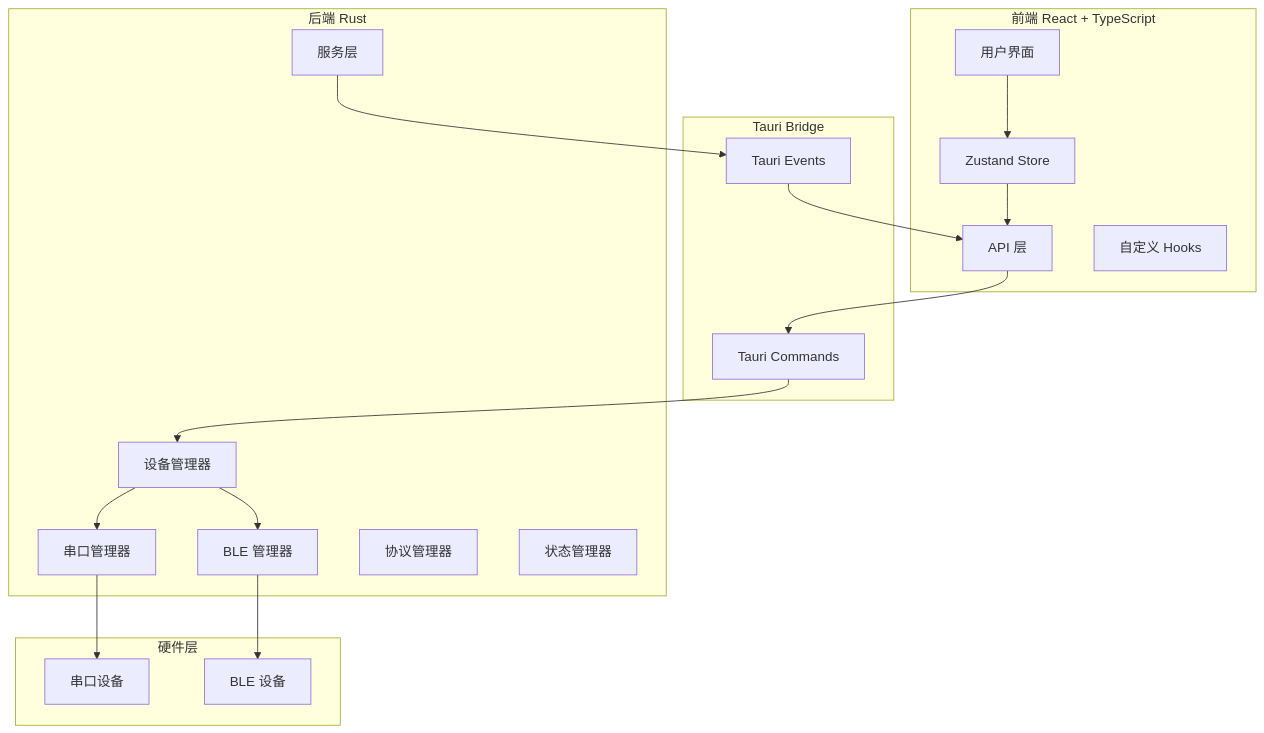
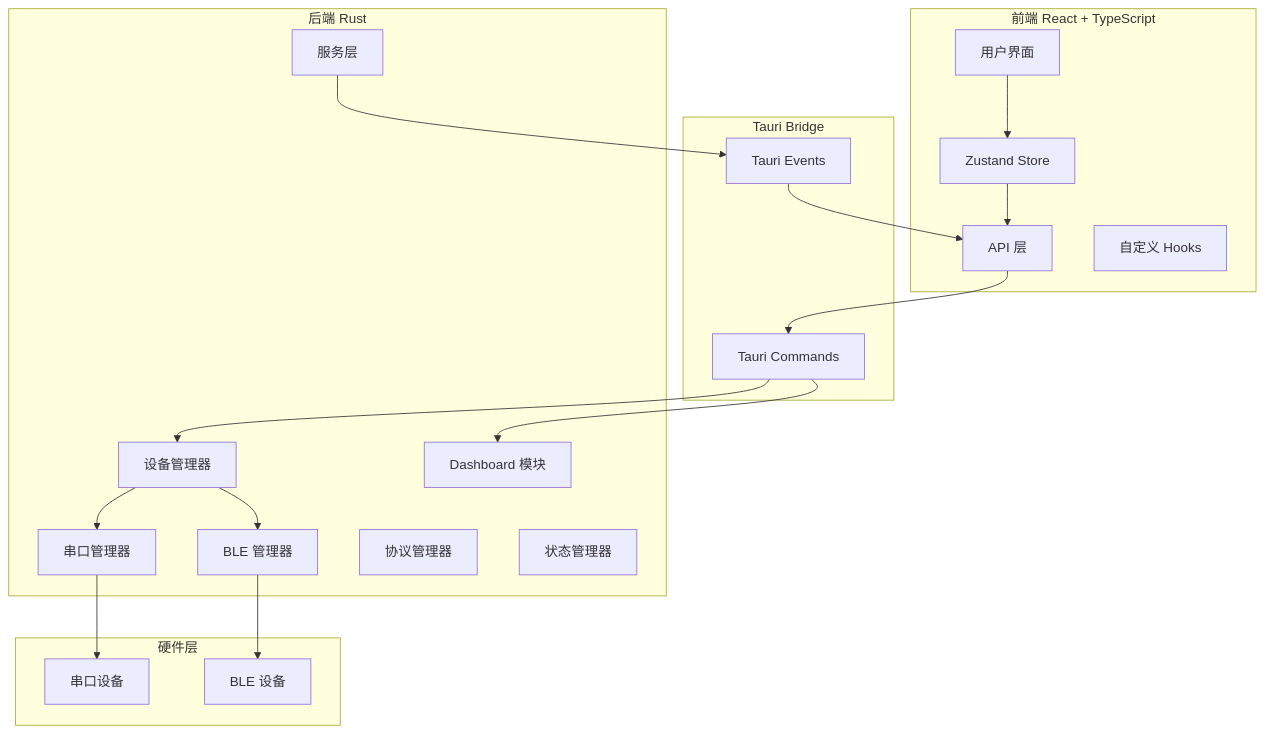
One commit to XiaoPb/combridge changed the first of 2 diagrams in docs/architecture/README.md. Above: the diagram before and after it, drawn with Mermaid. The commit also changed other lines of this file and 10 other files, not shown here.

````diff
--- a/docs/architecture/README.md
+++ b/docs/architecture/README.md
@@ -23,39 +33,41 @@
 ```mermaid
 graph TB
     subgraph Frontend [前端 React + TypeScript]
         UI[用户界面]
         Store[Zustand Store]
         API[API 层]
         Hooks[自定义 Hooks]
     end
-    
+
     subgraph Tauri [Tauri Bridge]
         Commands[Tauri Commands]
         Events[Tauri Events]
     end
-    
+
     subgraph Backend [后端 Rust]
         DeviceMgr[设备管理器]
         SerialMgr[串口管理器]
         BleMgr[BLE 管理器]
         ProtocolMgr[协议管理器]
         StateMgr[状态管理器]
         ServiceLayer[服务层]
+        Dashboard[Dashboard 模块]
     end
-    
+
     subgraph Hardware [硬件层]
         SerialPort[串口设备]
         BleDevice[BLE 设备]
     end
-    
+
     UI --> Store
     Store --> API
     API --> Commands
     Commands --> DeviceMgr
+    Commands --> Dashboard
     DeviceMgr --> SerialMgr
     DeviceMgr --> BleMgr
     SerialMgr --> SerialPort
     BleMgr --> BleDevice
     Events --> API
     ServiceLayer --> Events
 ```
````
